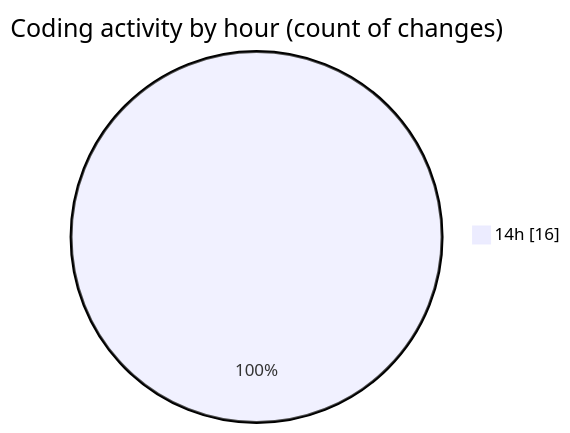
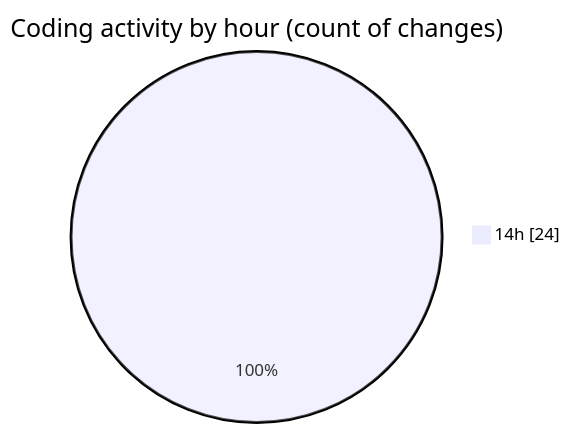
One commit to momahboobian/code-tracking changed the second of 2 diagrams in 2025-03-02/cda/README.md. Above: the diagram before and after it, drawn with Mermaid. The commit also changed other lines of this file and 1 other file, not shown here.

````diff
--- a/2025-03-02/cda/README.md
+++ b/2025-03-02/cda/README.md
@@ -29,5 +29,5 @@
 ```mermaid
 pie showData
 title Coding activity by hour (count of changes)
-"14h" : 16
+"14h" : 24
 ```
````
